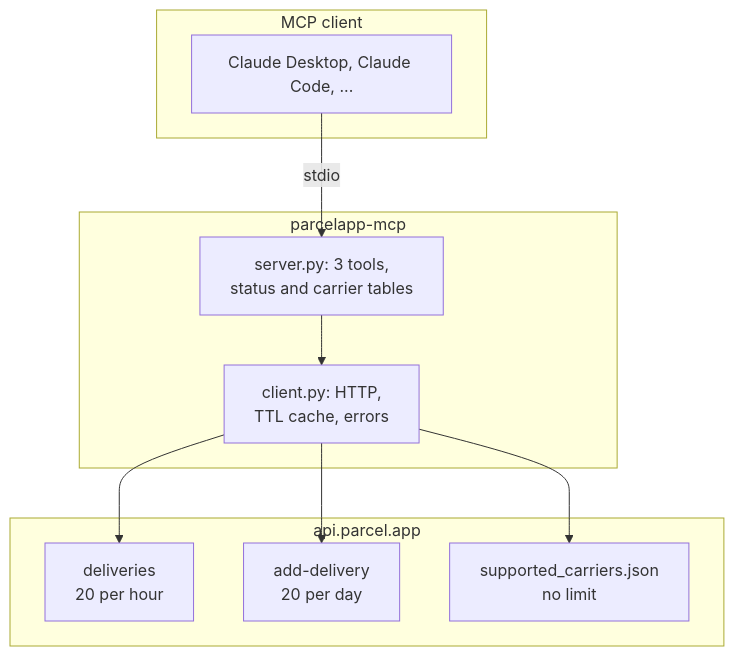
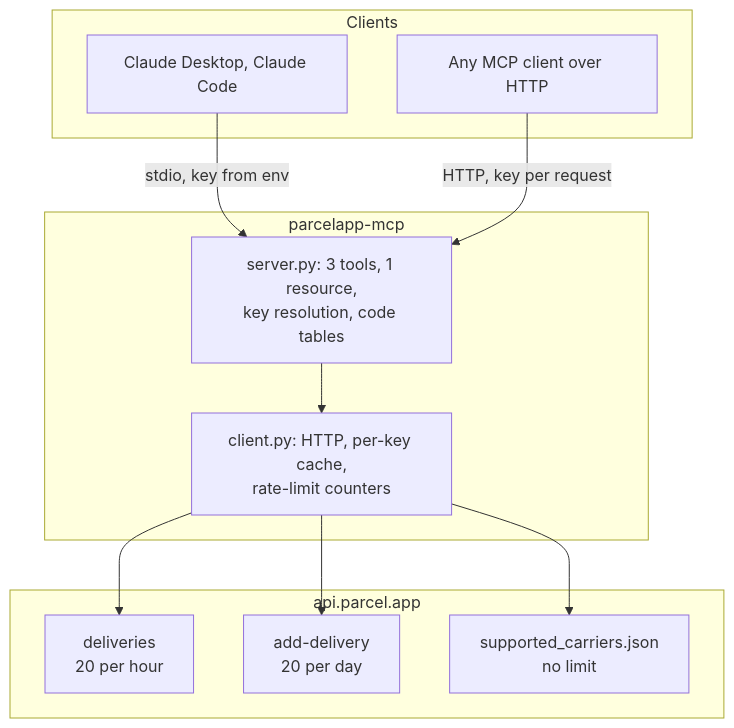
The diagram in README.md (obeone/parcelapp-mcp), drawn with Mermaid before and after one commit. The commit also changed other lines of this file, not shown here.

````diff
--- a/README.md
+++ b/README.md
@@ -185,23 +270,25 @@
 ```mermaid
 flowchart TB
-    subgraph client["MCP client"]
-        A["Claude Desktop, Claude Code, ..."]
+    subgraph clients["Clients"]
+        A["Claude Desktop, Claude Code"]
+        B["Any MCP client over HTTP"]
     end
 
     subgraph server["parcelapp-mcp"]
-        B["server.py: 3 tools,<br/>status and carrier tables"]
-        C["client.py: HTTP,<br/>TTL cache, errors"]
-        B --> C
+        C["server.py: 3 tools, 1 resource,<br/>key resolution, code tables"]
+        D["client.py: HTTP, per-key cache,<br/>rate-limit counters"]
+        C --> D
     end
 
     subgraph upstream["api.parcel.app"]
-        D["deliveries<br/>20 per hour"]
-        E["add-delivery<br/>20 per day"]
-        F["supported_carriers.json<br/>no limit"]
+        E["deliveries<br/>20 per hour"]
+        F["add-delivery<br/>20 per day"]
+        G["supported_carriers.json<br/>no limit"]
     end
 
-    A -- stdio --> B
-    C --> D
-    C --> E
-    C --> F
+    A -- "stdio, key from env" --> C
+    B -- "HTTP, key per request" --> C
+    D --> E
+    D --> F
+    D --> G
 ```
````
